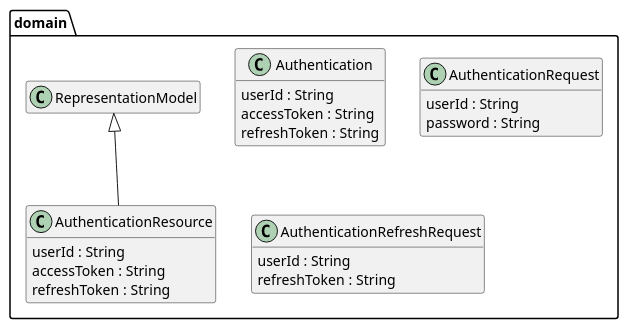
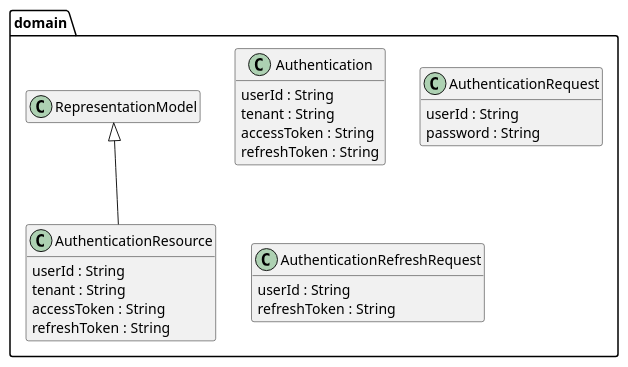
One commit to tailoringexpert/platform changed the diagram in src/site/arc42/plantuml/security-ldap/domain/Ebene3.plantuml. Above: the diagram before and after it, drawn with PlantUML. The commit also changed 11 other files, not shown here.

```diff
--- a/src/site/arc42/plantuml/security-ldap/domain/Ebene3.plantuml
+++ b/src/site/arc42/plantuml/security-ldap/domain/Ebene3.plantuml
@@ -1,29 +1,31 @@
 @startuml Ebene3.png
 hide empty members
 
 package domain {
 
    class Authentication{
         userId : String
+        tenant : String
         accessToken : String
         refreshToken : String
    }
 
     class AuthenticationRequest {
         userId : String
         password : String
     }
 
     class AuthenticationRefreshRequest {
         userId : String
         refreshToken : String
     }
 
    class AuthenticationResource {
        userId : String
+       tenant : String
        accessToken : String
        refreshToken : String
    }
    RepresentationModel <|-- AuthenticationResource
 }
 @enduml
```
